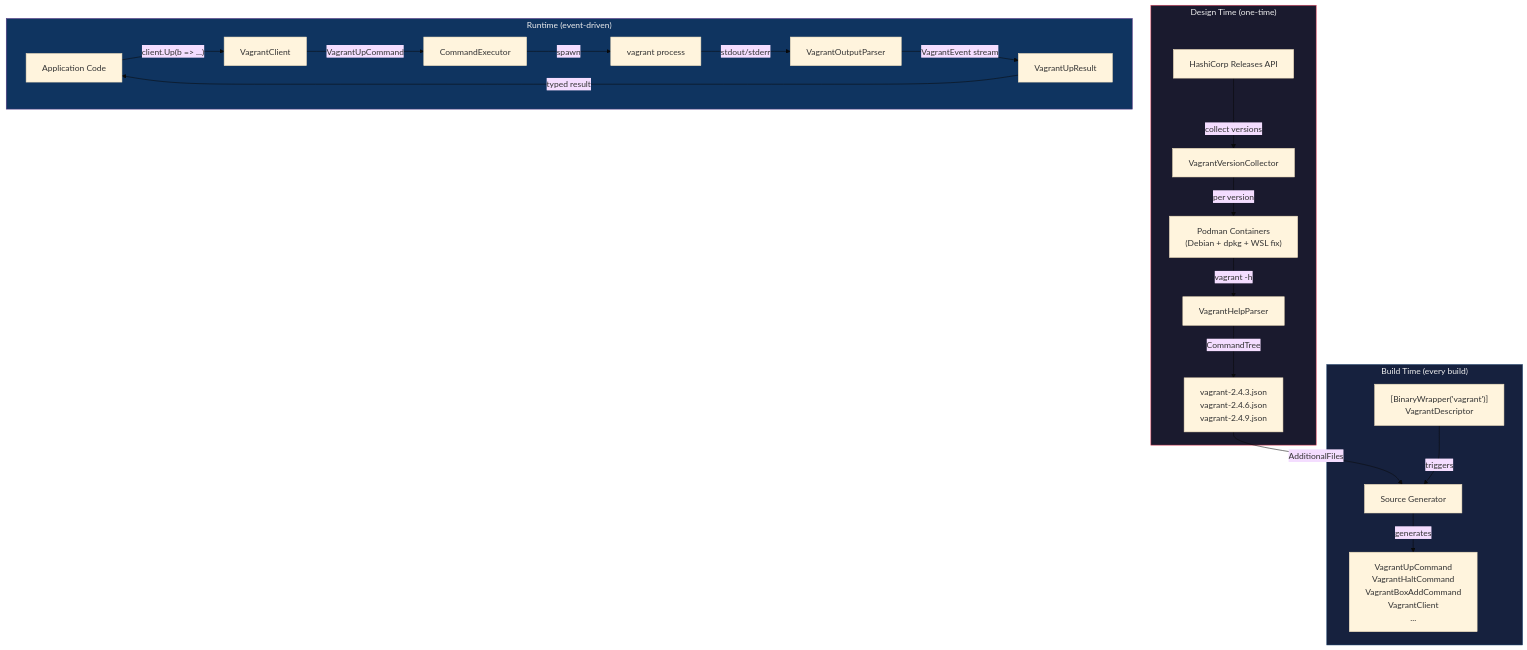
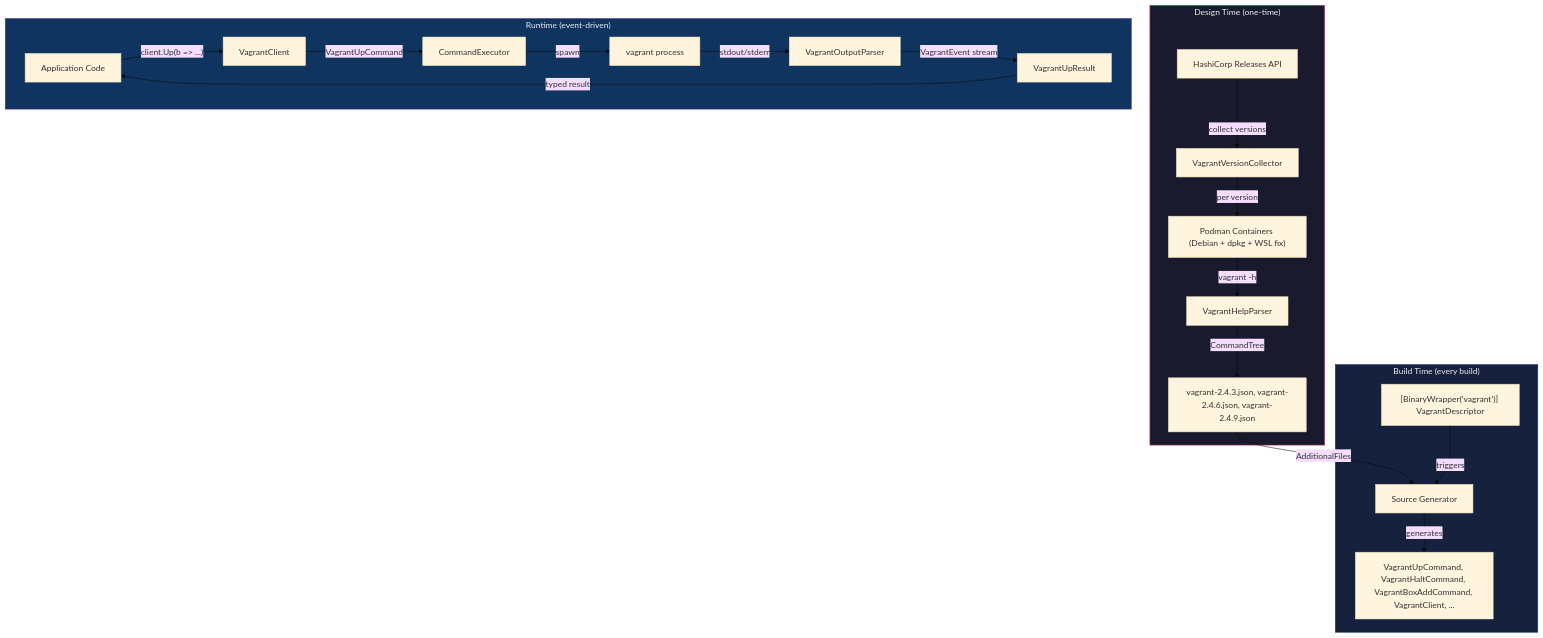
The fifth of 5 diagrams in Net/FrenchExDev/BinaryWrapper/doc/HOW-TO.md (FrenchExDev/FrenchExDev), drawn with Mermaid (base theme) before and after one commit. The commit also changed other lines of this file and 2 other files, not shown here.

Commit message:
fix: mermaid markdown

````diff
--- a/Net/FrenchExDev/BinaryWrapper/doc/HOW-TO.md
+++ b/Net/FrenchExDev/BinaryWrapper/doc/HOW-TO.md
@@ -843,45 +843,45 @@
 ```mermaid
 flowchart TD
     subgraph Design["Design Time (one-time)"]
         HC["HashiCorp Releases API"]
         VC["VagrantVersionCollector"]
-        POD["Podman Containers<br>(Debian + dpkg + WSL fix)"]
+        POD["Podman Containers (Debian + dpkg + WSL fix)"]
         VHP["VagrantHelpParser"]
-        JSON["vagrant-2.4.3.json<br>vagrant-2.4.6.json<br>vagrant-2.4.9.json"]
+        JSON["vagrant-2.4.3.json, vagrant-2.4.6.json, vagrant-2.4.9.json"]
 
         HC -->|"collect versions"| VC
         VC -->|"per version"| POD
         POD -->|"vagrant -h"| VHP
         VHP -->|"CommandTree"| JSON
     end
 
     subgraph Build["Build Time (every build)"]
-        DESC["[BinaryWrapper('vagrant')]<br>VagrantDescriptor"]
+        DESC["[BinaryWrapper('vagrant')] VagrantDescriptor"]
         SG["Source Generator"]
-        GEN["VagrantUpCommand<br>VagrantHaltCommand<br>VagrantBoxAddCommand<br>VagrantClient<br>..."]
+        GEN["VagrantUpCommand, VagrantHaltCommand, VagrantBoxAddCommand, VagrantClient, ..."]
 
         JSON -->|"AdditionalFiles"| SG
         DESC -->|"triggers"| SG
         SG -->|"generates"| GEN
     end
 
     subgraph Runtime["Runtime (event-driven)"]
         APP["Application Code"]
         CLIENT["VagrantClient"]
         EXEC["CommandExecutor"]
         VAGRANT["vagrant process"]
         PARSER["VagrantOutputParser"]
         RESULT["VagrantUpResult"]
 
         APP -->|"client.Up(b => ...)"| CLIENT
         CLIENT -->|"VagrantUpCommand"| EXEC
         EXEC -->|"spawn"| VAGRANT
         VAGRANT -->|"stdout/stderr"| PARSER
         PARSER -->|"VagrantEvent stream"| RESULT
         RESULT -->|"typed result"| APP
     end
 
     style Design fill:#1a1a2e,stroke:#e94560,color:#eee
     style Build fill:#16213e,stroke:#0f3460,color:#eee
     style Runtime fill:#0f3460,stroke:#533483,color:#eee
 ```
````
